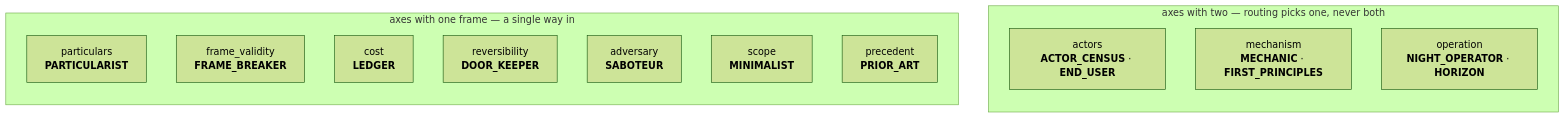
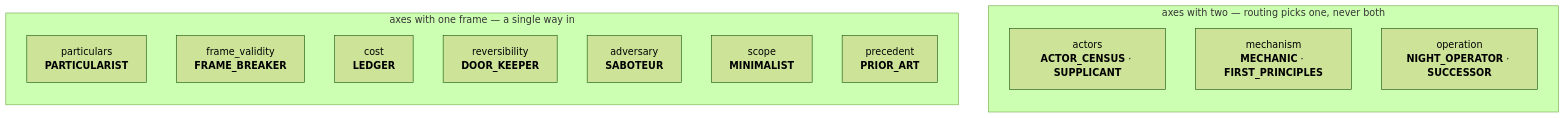
One commit to drewc611/Ai-adhd changed the second of 7 diagrams in README.md. Above: the diagram before and after it, drawn with Mermaid (forest theme). The commit also changed other lines of this file and 24 other files, not shown here.

````diff
--- a/README.md
+++ b/README.md
@@ -82,20 +82,20 @@
 ```mermaid
 flowchart LR
   subgraph one["axes with one frame — a single way in"]
     direction TB
     a1["particulars<br/><b>PARTICULARIST</b>"]
     a2["frame_validity<br/><b>FRAME_BREAKER</b>"]
     a3["cost<br/><b>LEDGER</b>"]
     a4["reversibility<br/><b>DOOR_KEEPER</b>"]
     a5["adversary<br/><b>SABOTEUR</b>"]
     a6["scope<br/><b>MINIMALIST</b>"]
     a7["precedent<br/><b>PRIOR_ART</b>"]
   end
   subgraph two["axes with two — routing picks one, never both"]
     direction TB
-    b1["actors<br/><b>ACTOR_CENSUS</b> · <b>END_USER</b>"]
+    b1["actors<br/><b>ACTOR_CENSUS</b> · <b>SUPPLICANT</b>"]
     b2["mechanism<br/><b>MECHANIC</b> · <b>FIRST_PRINCIPLES</b>"]
-    b3["operation<br/><b>NIGHT_OPERATOR</b> · <b>HORIZON</b>"]
+    b3["operation<br/><b>NIGHT_OPERATOR</b> · <b>SUCCESSOR</b>"]
   end
   a7 ~~~ b1
 ```
````
